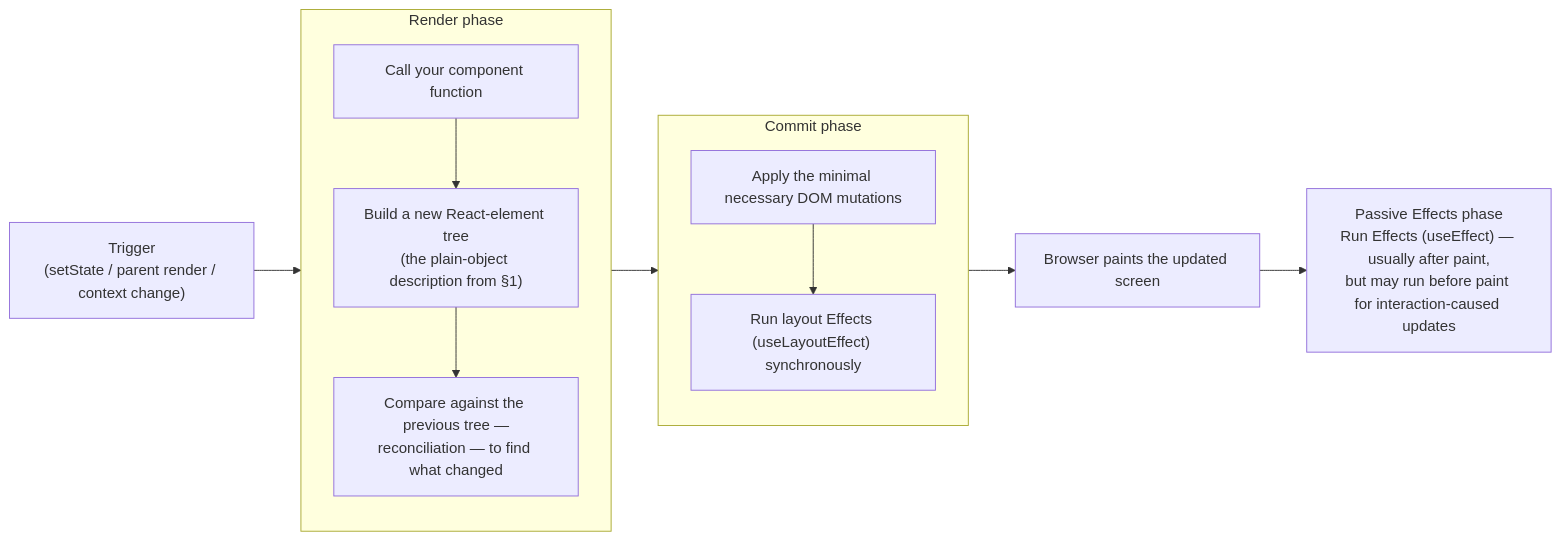
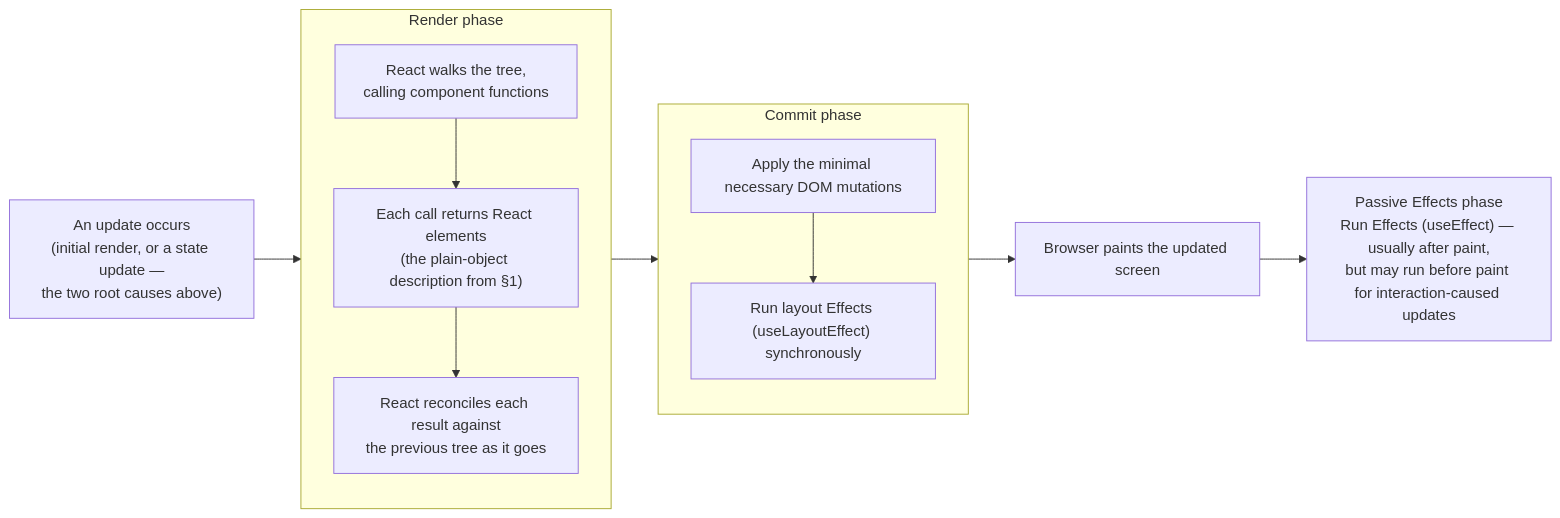
Before and after one commit to tushardongre1990/Claude-React: the third of 5 diagrams in notes/01-foundations/README.md, drawn with Mermaid. The commit also changed other lines of this file and 1 other file, not shown here.

Commit message:
fix ch.01 diagrams: correct jsxs transform output, Vite-as-compiler, trigger and index-key labels

````diff
--- a/notes/01-foundations/README.md
+++ b/notes/01-foundations/README.md
@@ -635,20 +675,20 @@
 ```mermaid
 flowchart LR
-    trigger["Trigger\n(setState / parent render / context change)"] --> render
+    trigger["An update occurs\n(initial render, or a state update —\nthe two root causes above)"] --> render
     subgraph render["Render phase"]
         direction TB
-        r1["Call your component function"]
-        r2["Build a new React-element tree\n(the plain-object description from §1)"]
-        r3["Compare against the previous tree —\nreconciliation — to find what changed"]
+        r1["React walks the tree,\ncalling component functions"]
+        r2["Each call returns React elements\n(the plain-object description from §1)"]
+        r3["React reconciles each result against\nthe previous tree as it goes"]
         r1 --> r2 --> r3
     end
     render --> commit
     subgraph commit["Commit phase"]
         direction TB
         c1["Apply the minimal necessary DOM mutations"]
         c2["Run layout Effects (useLayoutEffect) synchronously"]
         c1 --> c2
     end
     commit --> paint["Browser paints the updated screen"]
     paint --> passive["Passive Effects phase\nRun Effects (useEffect) — usually after paint,\nbut may run before paint for interaction-caused updates"]
 ```
````
